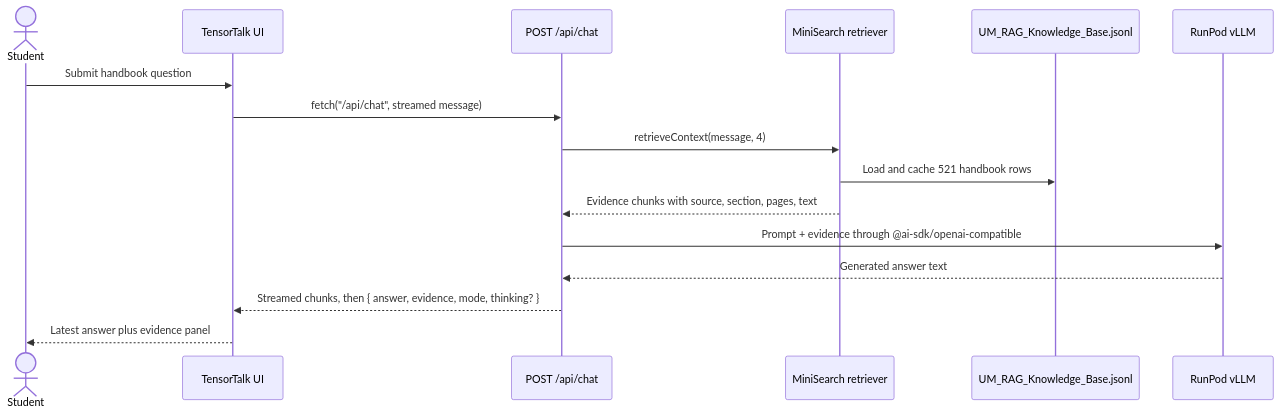
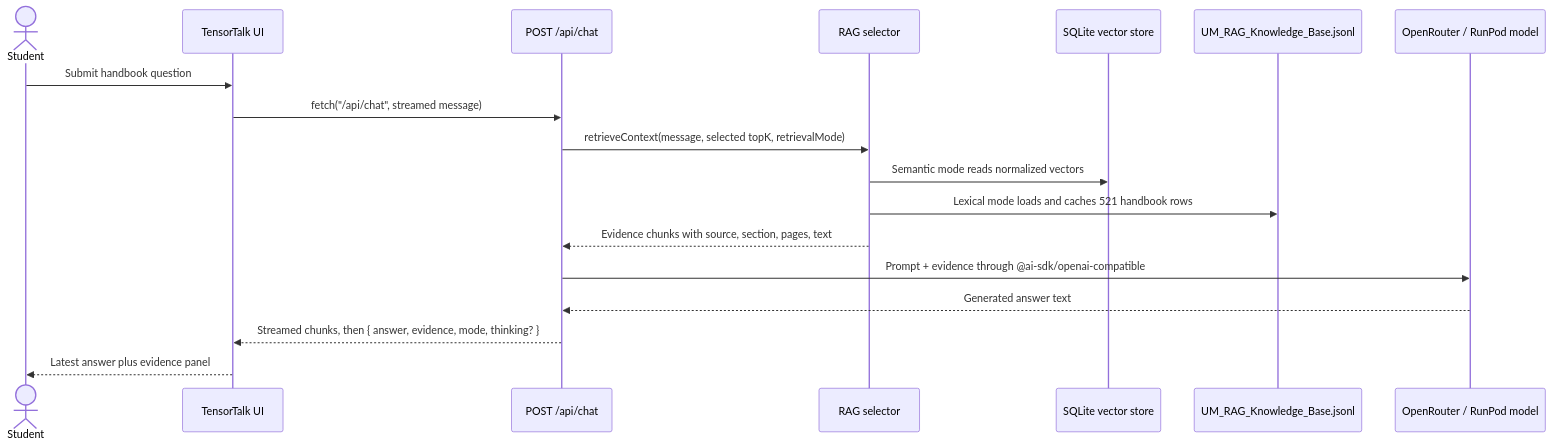
One commit to nfdlh/tensor-talk changed the diagram in docs/architecture.md. Above: the diagram before and after it, drawn with Mermaid. The commit also changed other lines of this file and 24 other files, not shown here.

Commit message:
feat: add semantic vector retrieval mode

````diff
--- a/docs/architecture.md
+++ b/docs/architecture.md
@@ -7,19 +7,21 @@
 ```mermaid
 sequenceDiagram
   actor Student
   participant UI as TensorTalk UI
   participant API as POST /api/chat
-  participant RAG as MiniSearch retriever
+  participant RAG as RAG selector
+  participant Vectors as SQLite vector store
   participant KB as UM_RAG_Knowledge_Base.jsonl
-  participant Model as RunPod vLLM
+  participant Model as OpenRouter / RunPod model
 
   Student->>UI: Submit handbook question
   UI->>API: fetch("/api/chat", streamed message)
-  API->>RAG: retrieveContext(message, 4)
-  RAG->>KB: Load and cache 521 handbook rows
+  API->>RAG: retrieveContext(message, selected topK, retrievalMode)
+  RAG->>Vectors: Semantic mode reads normalized vectors
+  RAG->>KB: Lexical mode loads and caches 521 handbook rows
   RAG-->>API: Evidence chunks with source, section, pages, text
   API->>Model: Prompt + evidence through @ai-sdk/openai-compatible
   Model-->>API: Generated answer text
   API-->>UI: Streamed chunks, then { answer, evidence, mode, thinking? }
   UI-->>Student: Latest answer plus evidence panel
 ```
````
